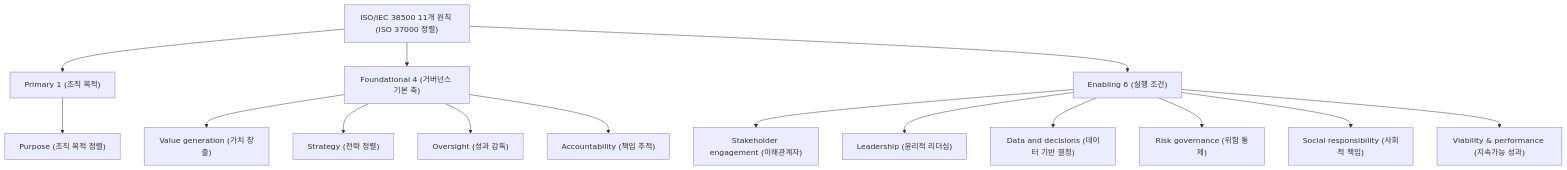
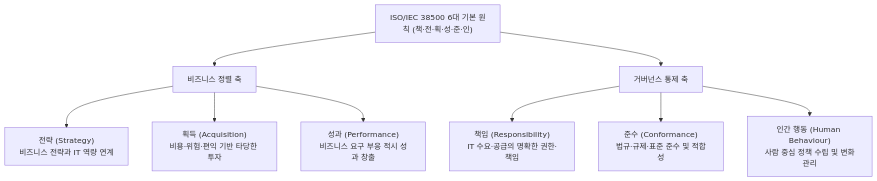
The second of 4 diagrams in src/content/docs/notes/itpe/01-it-strategy/002_iso_iec_38500.md (agnusdei1207/study), drawn with Mermaid before and after one commit. The commit also changed other lines of this file, not shown here.

Commit message:
fix(it-strategy): ISO/IEC 38500 6대 기본 원칙(책·전·획·성·준·인) 전면 복원 및 반응형 다이어그램 개편

````diff
--- a/src/content/docs/notes/itpe/01-it-strategy/002_iso_iec_38500.md
+++ b/src/content/docs/notes/itpe/01-it-strategy/002_iso_iec_38500.md
@@ -74,20 +72,13 @@
 ```mermaid
 flowchart TD
-    ROOT["ISO/IEC 38500 11개 원칙 (ISO 37000 정렬)"] --> P1["Primary 1 (조직 목적)"]
-    ROOT --> F4["Foundational 4 (거버넌스 기본 축)"]
-    ROOT --> E6["Enabling 6 (실행 조건)"]
+    ROOT["ISO/IEC 38500 6대 기본 원칙 (책·전·획·성·준·인)"] --> BIZ["비즈니스 정렬 축"]
+    ROOT --> GOV["거버넌스 통제 축"]
 
-    P1 --> P1_1["Purpose (조직 목적 정렬)"]
+    BIZ --> B1["전략 (Strategy)<br/>비즈니스 전략과 IT 역량 연계"]
+    BIZ --> B2["획득 (Acquisition)<br/>비용·위험·편익 기반 타당한 투자"]
+    BIZ --> B3["성과 (Performance)<br/>비즈니스 요구 부응 적시 성과 창출"]
 
-    F4 --> F4_1["Value generation (가치 창출)"]
-    F4 --> F4_2["Strategy (전략 정렬)"]
-    F4 --> F4_3["Oversight (성과 감독)"]
-    F4 --> F4_4["Accountability (책임 추적)"]
-
-    E6 --> E6_1["Stakeholder engagement (이해관계자)"]
-    E6 --> E6_2["Leadership (윤리적 리더십)"]
-    E6 --> E6_3["Data and decisions (데이터 기반 결정)"]
-    E6 --> E6_4["Risk governance (위험 통제)"]
-    E6 --> E6_5["Social responsibility (사회적 책임)"]
-    E6 --> E6_6["Viability & performance (지속가능 성과)"]
+    GOV --> G1["책임 (Responsibility)<br/>IT 수요·공급의 명확한 권한·책임"]
+    GOV --> G2["준수 (Conformance)<br/>법규·규제·표준 준수 및 적합성"]
+    GOV --> G3["인간 행동 (Human Behaviour)<br/>사람 중심 정책 수립 및 변화관리"]
 ```
````
